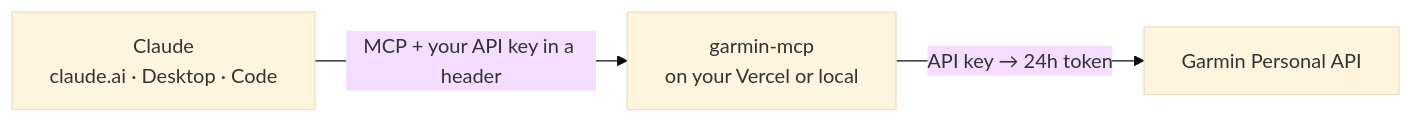
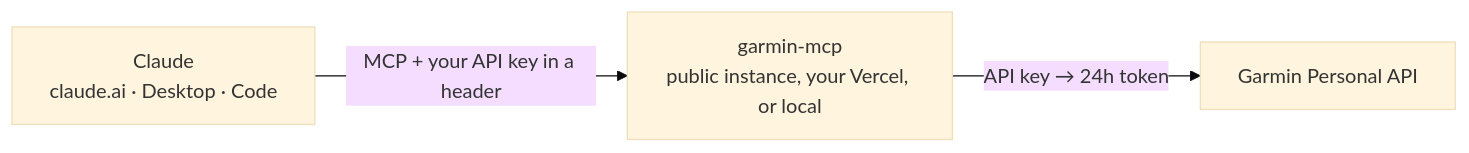
One commit to ricardoraposo/garmin-mcp changed the diagram in README.md. Above: the diagram before and after it, drawn with Mermaid (base theme). The commit also changed other lines of this file, not shown here.

First line of the commit message:
README: offer the public instance first, self-hosting as option B

````diff
--- a/README.md
+++ b/README.md
@@ -90,5 +90,5 @@
 ```mermaid
 flowchart LR
-  C["Claude<br/>claude.ai · Desktop · Code"] -- "MCP + your API key in a header" --> S["garmin-mcp<br/>on your Vercel or local"]
+  C["Claude<br/>claude.ai · Desktop · Code"] -- "MCP + your API key in a header" --> S["garmin-mcp<br/>public instance, your Vercel, or local"]
   S -- "API key → 24h token" --> G["Garmin Personal API"]
 ```
````
